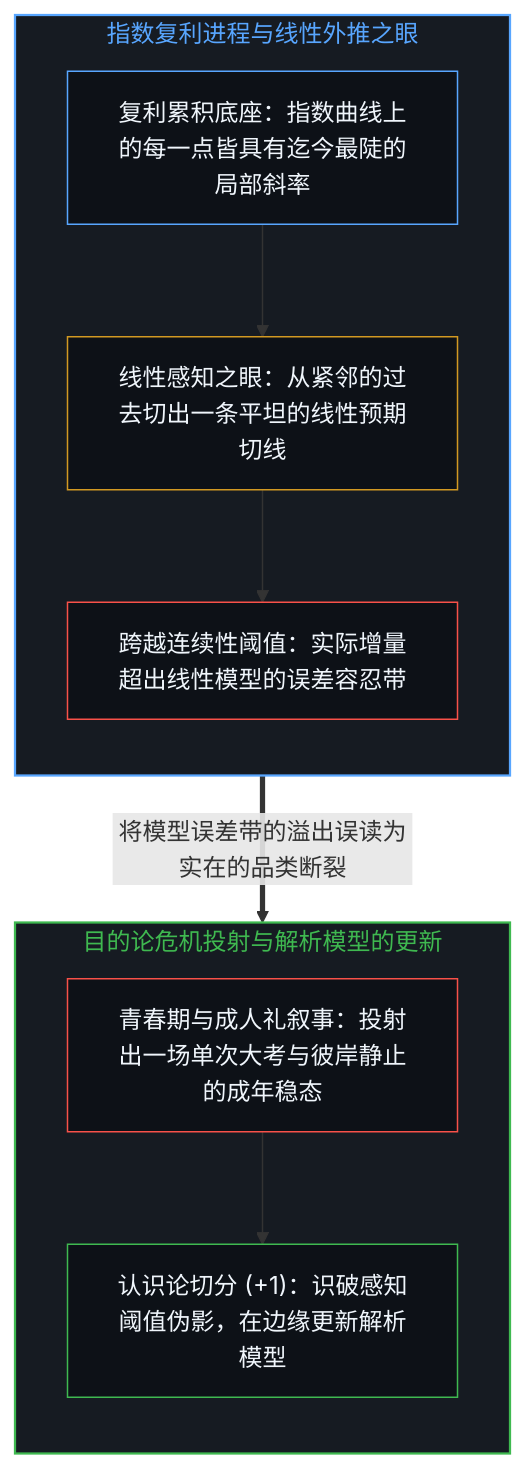
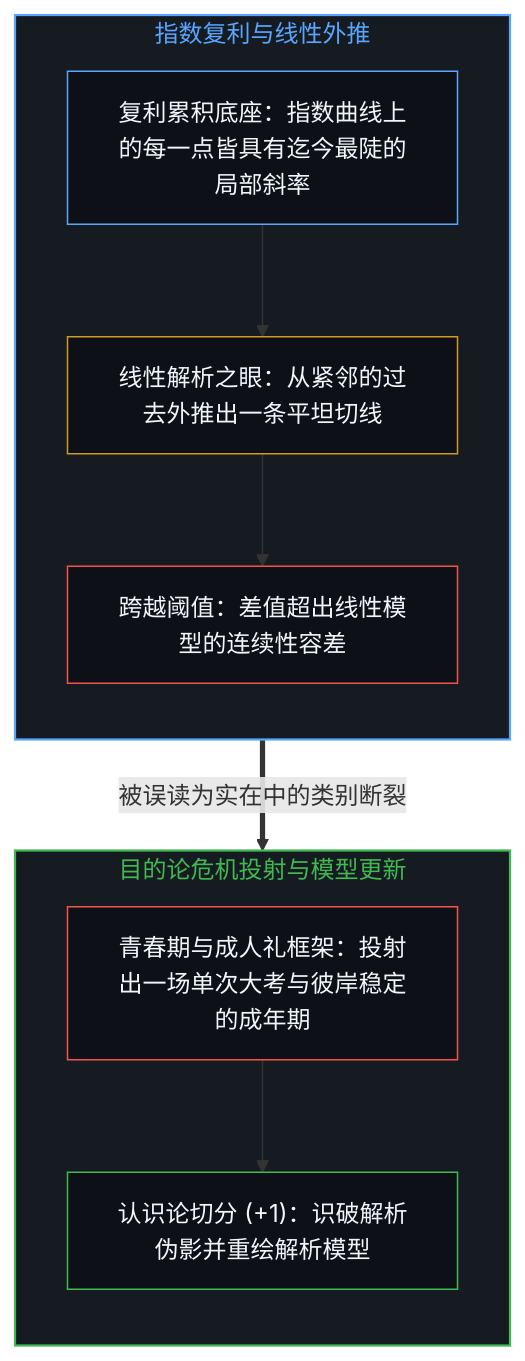
One commit to powerpig99/not-a-toe changed the first of 2 diagrams in content/posts/Analysis_Adolescence_of_Technology.md. Above: the diagram before and after it, drawn with Mermaid. The commit also changed other lines of this file and 2 other files, not shown here.

````diff
--- a/content/posts/Analysis_Adolescence_of_Technology.md
+++ b/content/posts/Analysis_Adolescence_of_Technology.md
@@ -17,24 +17,24 @@
 ```mermaid
 flowchart TD
-    subgraph S_Curve["指数复利进程与线性外推之眼"]
+    subgraph S_Curve["指数复利与线性外推"]
         direction TB
         Comp["复利累积底座：指数曲线上的每一点皆具有迄今最陡的局部斜率"]
-        Linear["线性感知之眼：从紧邻的过去切出一条平坦的线性预期切线"]
-        Gap["跨越连续性阈值：实际增量超出线性模型的误差容忍带"]
+        Linear["线性解析之眼：从紧邻的过去外推出一条平坦切线"]
+        Gap["跨越阈值：差值超出线性模型的连续性容差"]
         Comp --> Linear --> Gap
     end
-    subgraph S_Frame["目的论危机投射与解析模型的更新"]
+    subgraph S_Frame["目的论危机投射与模型更新"]
         direction TB
-        Teleo["青春期与成人礼叙事：投射出一场单次大考与彼岸静止的成年稳态"]
-        Update["认识论切分 (+1)：识破感知阈值伪影，在边缘更新解析模型"]
+        Teleo["青春期与成人礼框架：投射出一场单次大考与彼岸稳定的成年期"]
+        Update["认识论切分 (+1)：识破解析伪影并重绘解析模型"]
         Teleo --> Update
     end
-    Gap ==>|"将模型误差带的溢出误读为实在的品类断裂"| Teleo
+    Gap ==>|"被误读为实在中的类别断裂"| Teleo
     style S_Curve fill:#161b22,stroke:#58a6ff,stroke-width:1.5px,color:#58a6ff
     style S_Frame fill:#161b22,stroke:#3fb950,stroke-width:1.5px,color:#3fb950
     style Comp fill:#0d1117,stroke:#58a6ff,stroke-width:1px,color:#f0f6fc
     style Linear fill:#0d1117,stroke:#d29922,stroke-width:1px,color:#f0f6fc
     style Gap fill:#0d1117,stroke:#f85149,stroke-width:1px,color:#f0f6fc
     style Teleo fill:#0d1117,stroke:#f85149,stroke-width:1px,color:#f0f6fc
     style Update fill:#0d1117,stroke:#3fb950,stroke-width:1px,color:#f0f6fc
 ```
````
